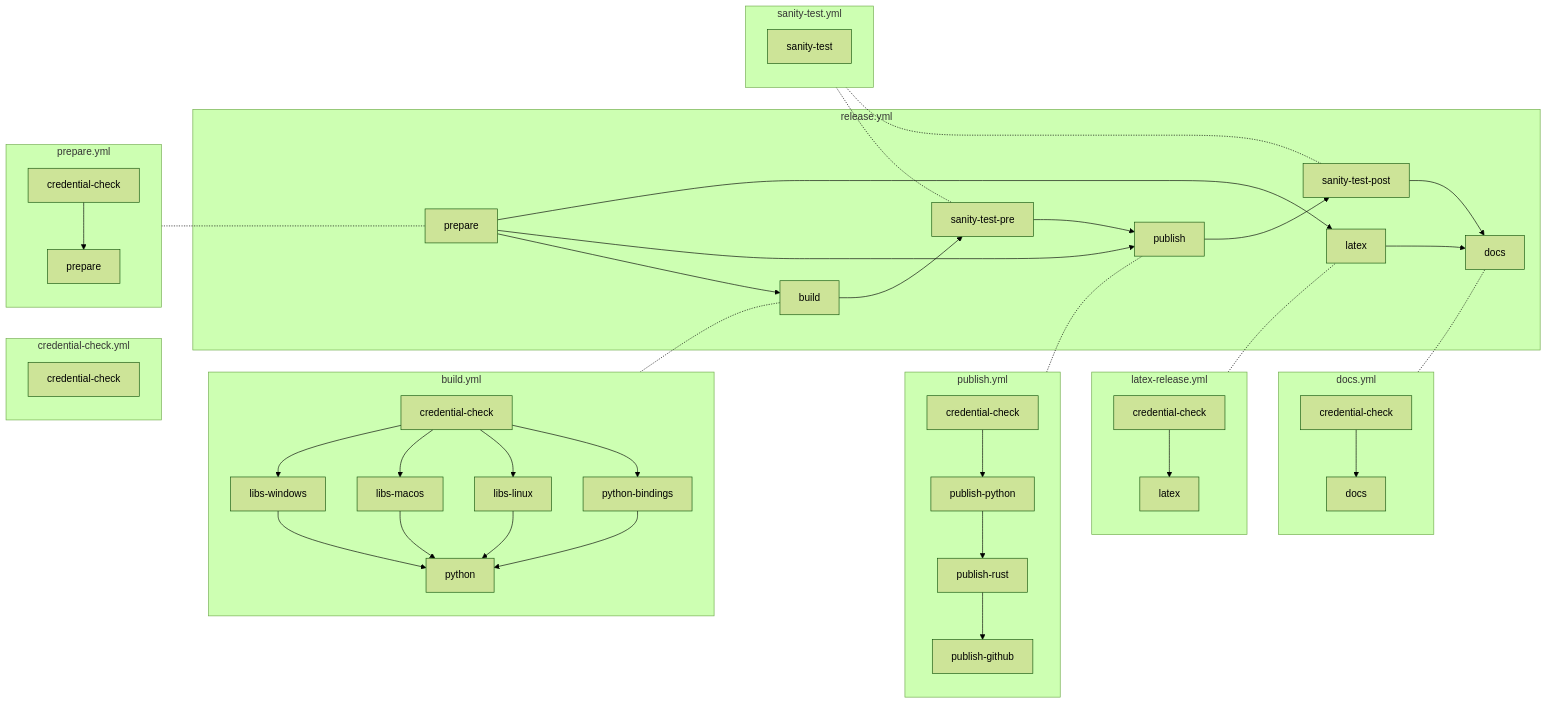
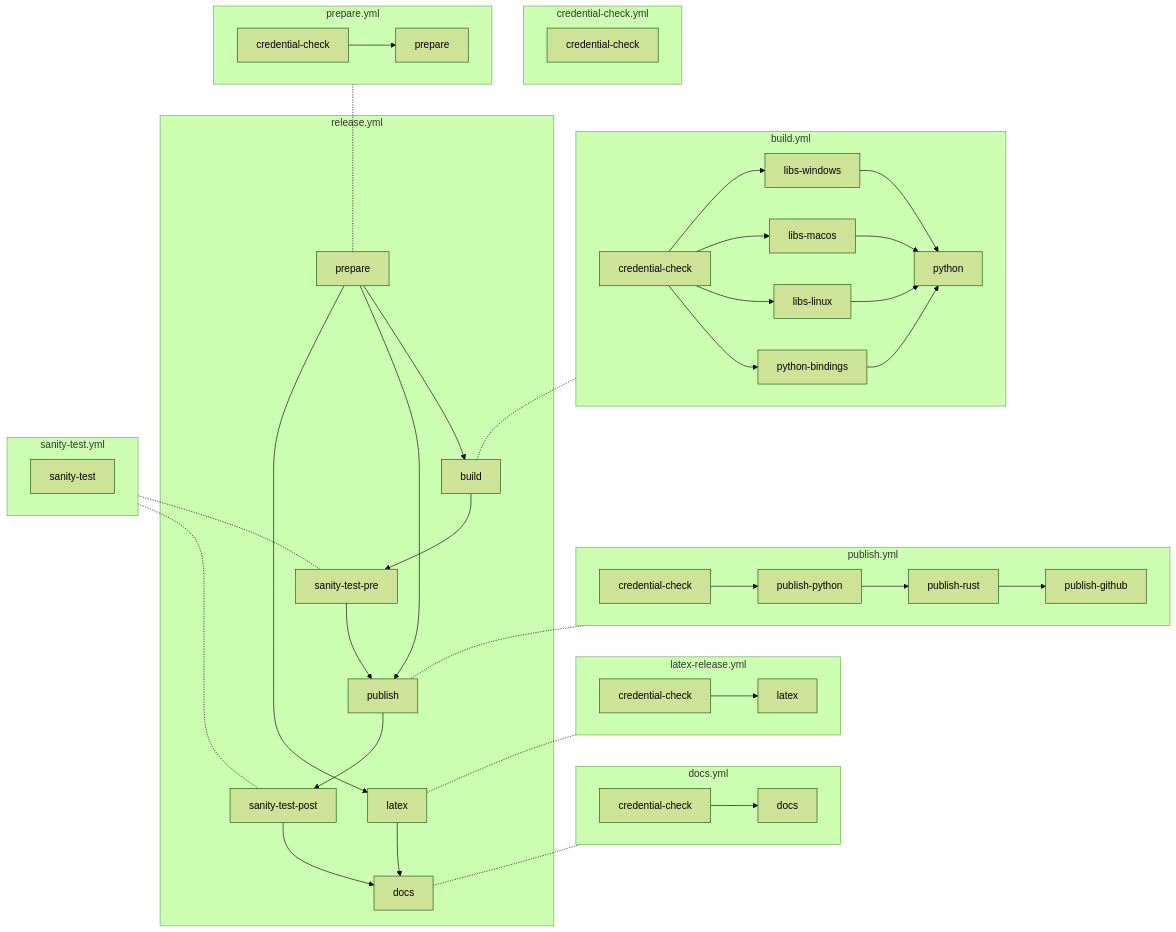
Before and after one commit to opendp/opendp: the second of 2 diagrams in .github/workflows/README.md, drawn with Mermaid (forest theme).

Commit message:
TD for readability

````diff
--- a/.github/workflows/README.md
+++ b/.github/workflows/README.md
@@ -30,53 +30,53 @@
 ```mermaid
-graph LR
+graph TD
     subgraph build.yml
         bcc[credential-check] --> libs-windows --> python
         bcc[credential-check] --> libs-macos --> python
         bcc[credential-check] --> libs-linux --> python
         bcc[credential-check] --> python-bindings --> python
     end
     build.yml -.- build
 
     subgraph credential-check.yml
        cccc[credential-check]
     end
     %% Adds a lot of crossing lines to the graph!
     %% credential-check.yml -.- bcc[credential-check]
     %% credential-check.yml -.- dcc[credential-check]
     %% credential-check.yml -.- lrcc[credential-check]
     %% credential-check.yml -.- lcc[credential-check]
     %% credential-check.yml -.- precc[credential-check]
     %% credential-check.yml -.- pubcc[credential-check]
 
     subgraph docs.yml
         dcc[credential-check] --> docs
     end
     docs.yml -.- rdocs[docs]
 
     subgraph latex-release.yml
         lrcc[credential-check] --> latex
     end
     latex-release.yml -.- rlatex[latex]
 
     subgraph prepare.yml
         precc[credential-check] --> prepare
     end
     prepare.yml -.- rpre[prepare]
 
     subgraph publish.yml
         pubcc[credential-check] --> publish-python --> publish-rust --> publish-github
     end
     publish.yml -.- publish
 
     subgraph release.yml
         rpre[prepare] --> build --> sanity-test-pre --> publish
         rpre[prepare] --> publish --> sanity-test-post --> rdocs[docs]
         rpre[prepare] --> rlatex[latex] --> rdocs[docs]
     end
 
     subgraph sanity-test.yml
         sanity-test
     end
     sanity-test.yml -.- sanity-test-pre
     sanity-test.yml -.- sanity-test-post
 ```
````
